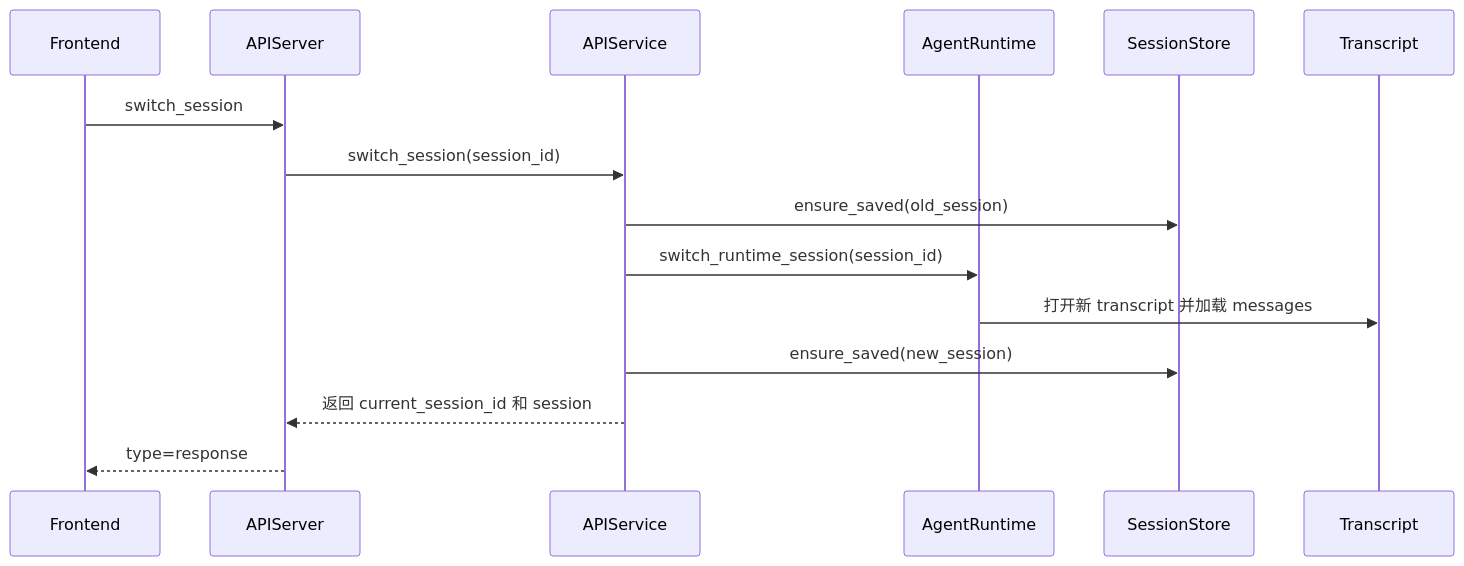
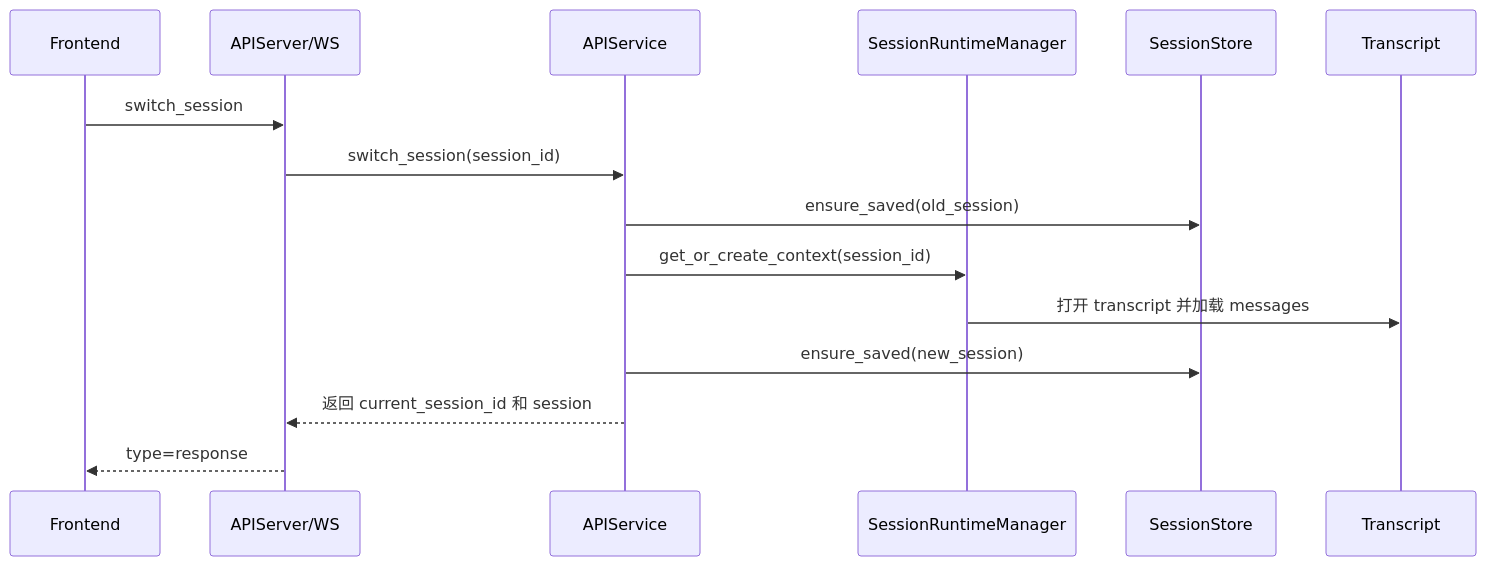
The sixth of 6 diagrams in doc/architecture.md (GoldenGYQ/ggbot), drawn with Mermaid before and after one commit. The commit also changed other lines of this file and 1 other file, not shown here.

````diff
--- a/doc/architecture.md
+++ b/doc/architecture.md
@@ -329,18 +307,18 @@
 ```mermaid
 sequenceDiagram
     participant FE as Frontend
-    participant WS as APIServer
+    participant WS as APIServer/WS
     participant SVC as APIService
-    participant RT as AgentRuntime
+    participant SRM as SessionRuntimeManager
     participant SS as SessionStore
     participant TS as Transcript
 
     FE->>WS: switch_session
     WS->>SVC: switch_session(session_id)
     SVC->>SS: ensure_saved(old_session)
-    SVC->>RT: switch_runtime_session(session_id)
-    RT->>TS: 打开新 transcript 并加载 messages
+    SVC->>SRM: get_or_create_context(session_id)
+    SRM->>TS: 打开 transcript 并加载 messages
     SVC->>SS: ensure_saved(new_session)
     SVC-->>WS: 返回 current_session_id 和 session
     WS-->>FE: type=response
 ```
````
